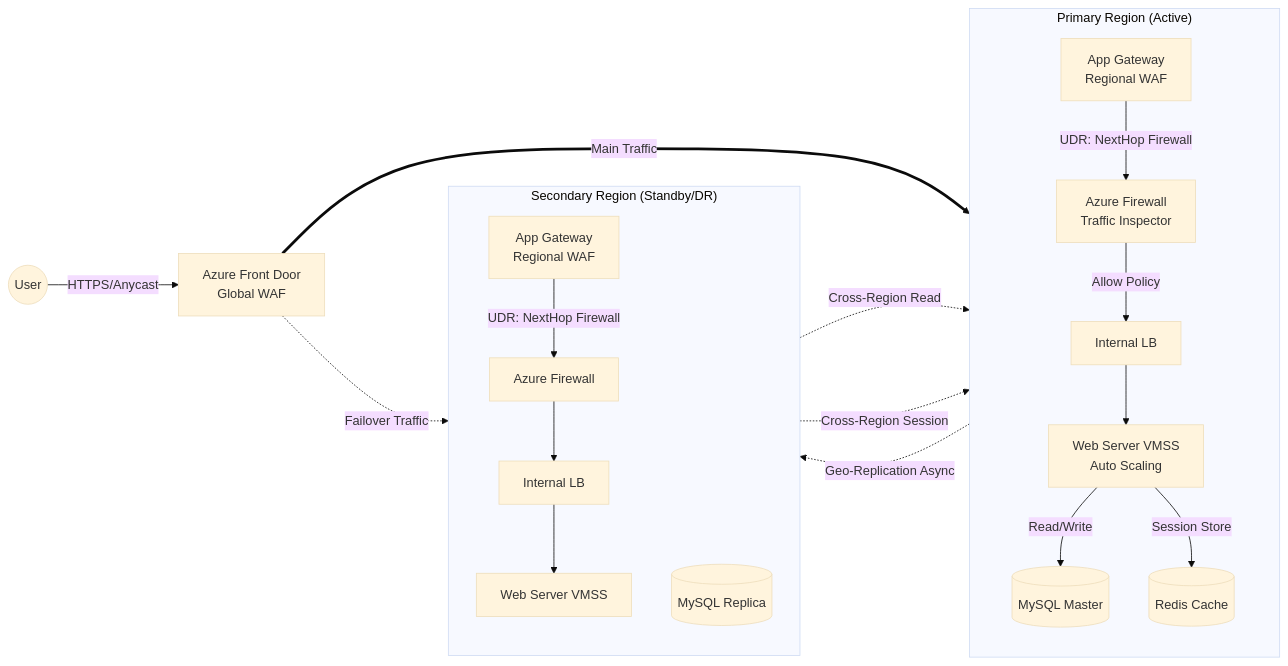
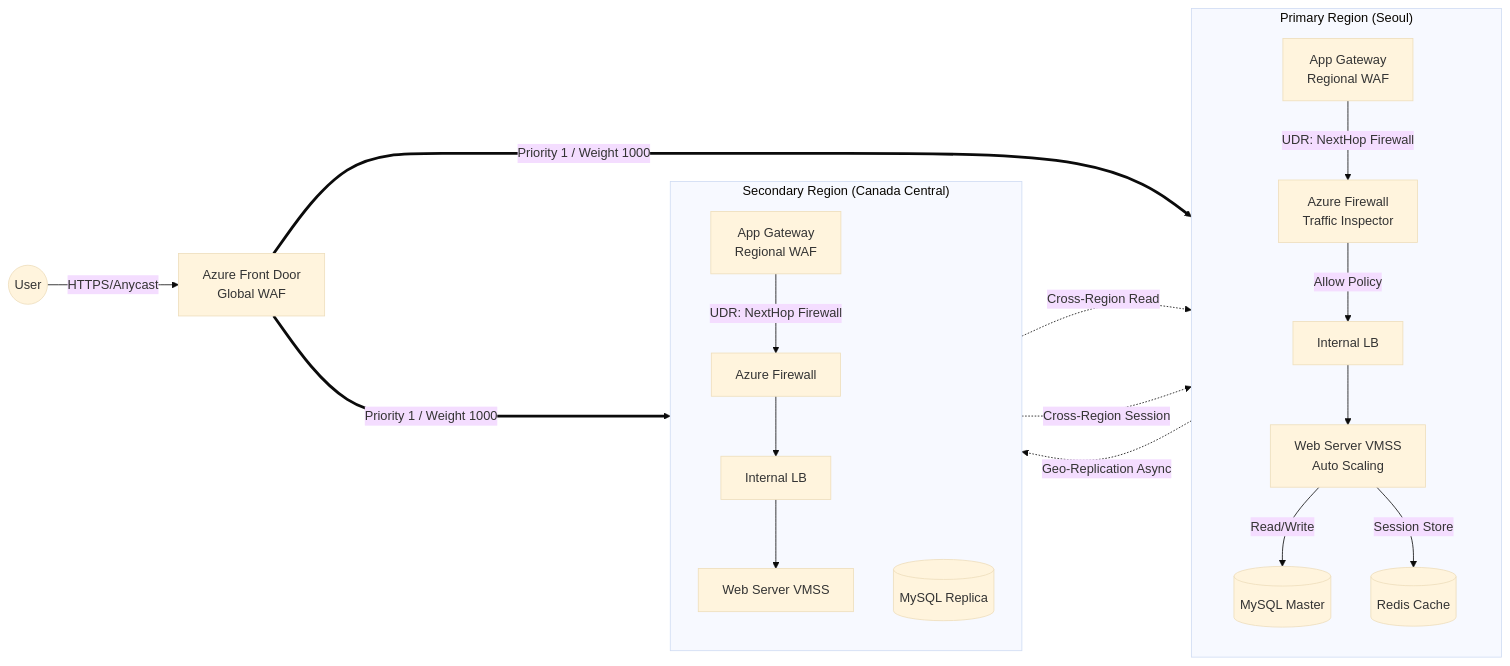
One commit to livv126/azure-dr-infrastructure-terraform changed the diagram in README.md. Above: the diagram before and after it, drawn with Mermaid (base theme). The commit also changed other lines of this file, not shown here.

````diff
--- a/README.md
+++ b/README.md
@@ -20,47 +19,47 @@
 ```mermaid
 graph LR
     User((User)) -->|HTTPS/Anycast| FD[Azure Front Door <br/> Global WAF]
     
-    subgraph "Primary Region (Active)"
+    subgraph "Primary Region (Seoul)"
         direction TB
         AGW1[App Gateway <br/> Regional WAF]
         FW1[Azure Firewall <br/> Traffic Inspector]
         ILB1[Internal LB]
         VMSS1[Web Server VMSS <br/> Auto Scaling]
         DB_M[(MySQL Master)]
         Redis[(Redis Cache)]
         
         %% Traffic Flow defined by UDR
         AGW1 -->|UDR: NextHop Firewall| FW1
         FW1 -->|Allow Policy| ILB1
         ILB1 --> VMSS1
         
         %% Backend Flow
         VMSS1 -->|Read/Write| DB_M
         VMSS1 -->|Session Store| Redis
     end
     
-    subgraph "Secondary Region (Standby/DR)"
+    subgraph "Secondary Region (Canada Central)"
         direction TB
         AGW2[App Gateway <br/> Regional WAF]
         FW2[Azure Firewall]
         ILB2[Internal LB]
         VMSS2[Web Server VMSS]
         DB_S[(MySQL Replica)]
         
         AGW2 -->|UDR: NextHop Firewall| FW2
         FW2 --> ILB2
         ILB2 --> VMSS2
         
         %% Cross-Region Flow
         VMSS2 -.->|Cross-Region Read| DB_M
         VMSS2 -.->|Cross-Region Session| Redis
     end
 
-    %% Global Traffic Flow
-    FD ===>|Main Traffic| AGW1
-    FD -.->|Failover Traffic| AGW2
+    %% Global Active-Active Traffic Flow
+    FD ===>|Priority 1 / Weight 1000| AGW1
+    FD ===>|Priority 1 / Weight 1000| AGW2
 
-    %% Data Replication
+    %% Data Replication (Active-Passive)
     DB_M -.->|Geo-Replication Async| DB_S
 ```
````
